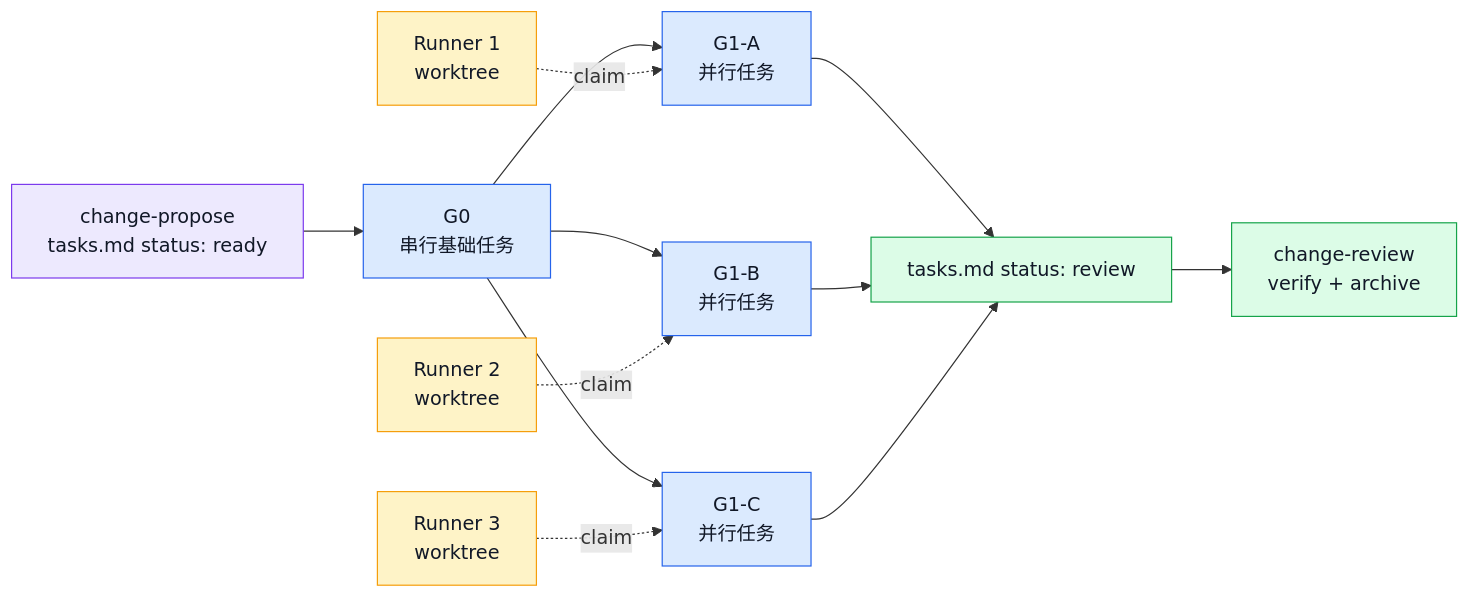
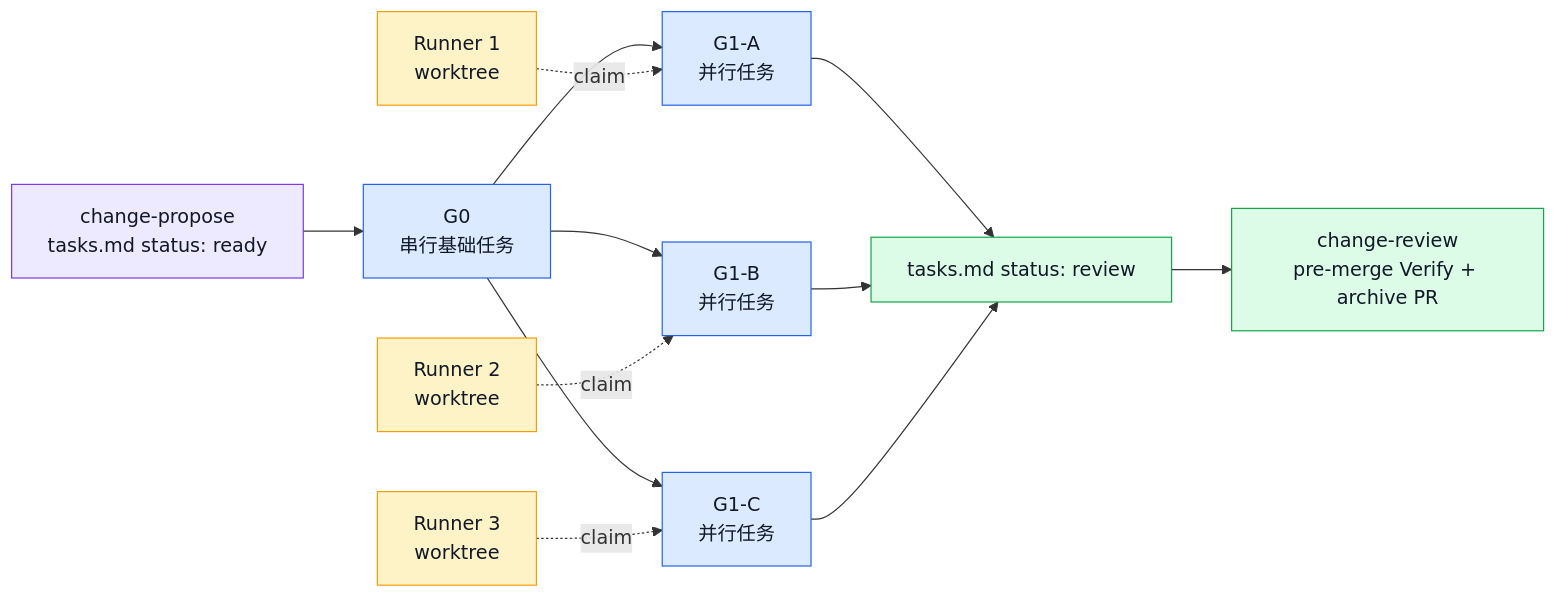
The third of 3 diagrams in README.md (lupingluke-ai/general-ai-spec), drawn with Mermaid before and after one commit. The commit also changed other lines of this file and 56 other files, not shown here.

````diff
--- a/README.md
+++ b/README.md
@@ -169,25 +169,25 @@
 ```mermaid
 flowchart LR
   P["change-propose<br/>tasks.md status: ready"] --> G0["G0<br/>串行基础任务"]
   G0 --> G1A["G1-A<br/>并行任务"]
   G0 --> G1B["G1-B<br/>并行任务"]
   G0 --> G1C["G1-C<br/>并行任务"]
   G1A --> R["tasks.md status: review"]
   G1B --> R
   G1C --> R
-  R --> V["change-review<br/>verify + archive"]
+  R --> V["change-review<br/>pre-merge Verify + archive PR"]
 
   W1["Runner 1<br/>worktree"] -. claim .-> G1A
   W2["Runner 2<br/>worktree"] -. claim .-> G1B
   W3["Runner 3<br/>worktree"] -. claim .-> G1C
 
   classDef plan fill:#EDE9FE,stroke:#7C3AED,color:#111827;
   classDef task fill:#DBEAFE,stroke:#2563EB,color:#111827;
   classDef runner fill:#FEF3C7,stroke:#F59E0B,color:#111827;
   classDef review fill:#DCFCE7,stroke:#16A34A,color:#111827;
 
   class P plan;
   class G0,G1A,G1B,G1C task;
   class W1,W2,W3 runner;
   class R,V review;
 ```
````
